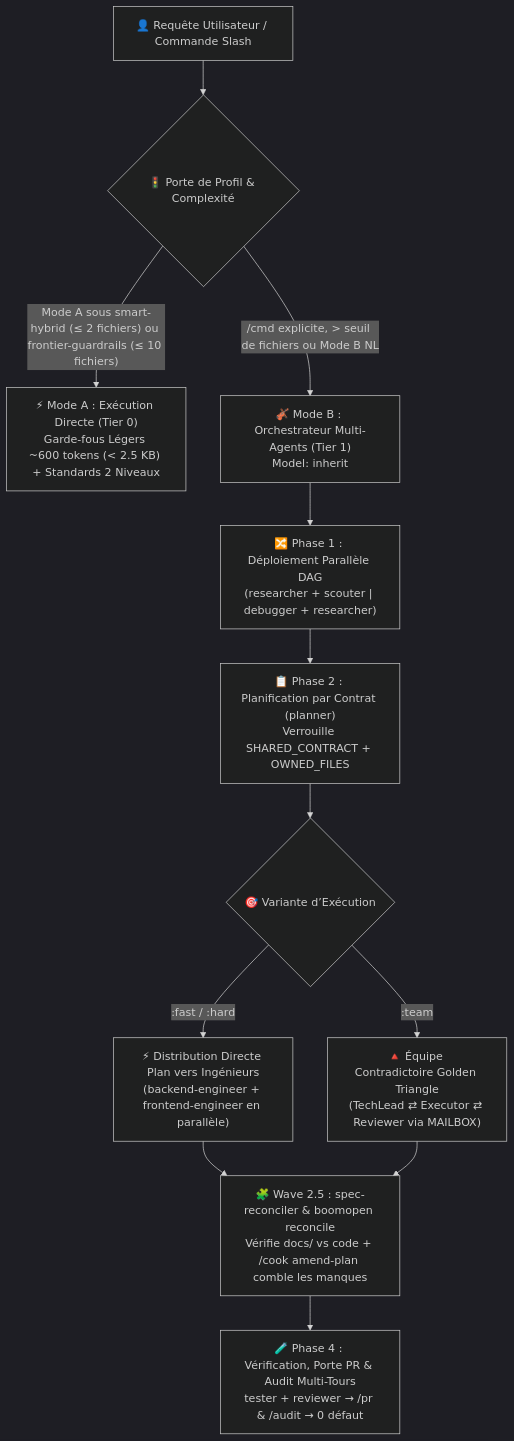
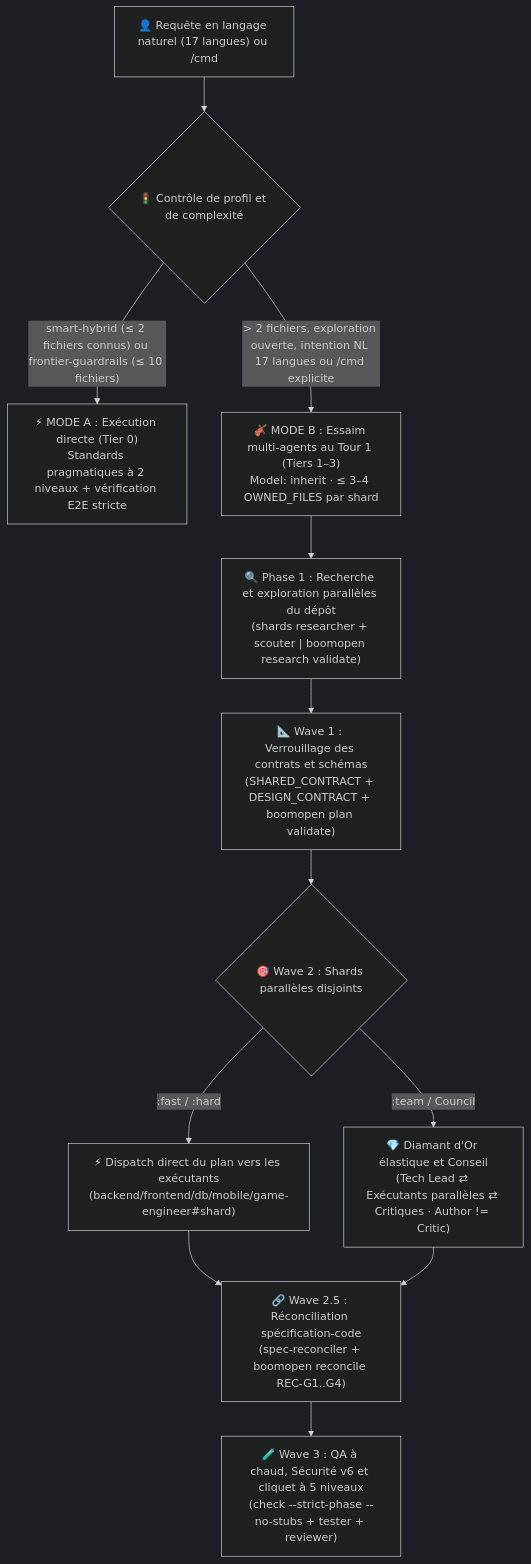
The diagram in i18n/README.fr.md (Kennyboom/BoomOpen-Workflow-Kit-Pro), drawn with Mermaid (dark theme) before and after one commit. The commit also changed other lines of this file and 21 other files, not shown here.

````diff
--- a/i18n/README.fr.md
+++ b/i18n/README.fr.md
@@ -57,17 +94,17 @@
 ```mermaid
 flowchart TD
-    User["👤 Requête Utilisateur / Commande Slash"] --> Gate{"🚦 Porte de Profil & Complexité"}
-    Gate -->|"Mode A sous smart-hybrid (≤ 2 fichiers) ou frontier-guardrails (≤ 10 fichiers)"| ModeA["⚡ Mode A : Exécution Directe (Tier 0)<br/>Garde-fous Légers ~600 tokens (< 2.5 KB) + Standards 2 Niveaux"]
-    Gate -->|"/cmd explicite, > seuil de fichiers ou Mode B NL"| ModeB["🎻 Mode B : Orchestrateur Multi-Agents (Tier 1)<br/>Model: inherit"]
+    User["👤 Requête en langage naturel (17 langues) ou /cmd"] --> Gate{"🚦 Contrôle de profil et de complexité"}
+    Gate -->|"smart-hybrid (≤ 2 fichiers connus) ou frontier-guardrails (≤ 10 fichiers)"| ModeA["⚡ MODE A : Exécution directe (Tier 0)<br/>Standards pragmatiques à 2 niveaux + vérification E2E stricte"]
+    Gate -->|"> 2 fichiers, exploration ouverte, intention NL 17 langues ou /cmd explicite"| ModeB["🎻 MODE B : Essaim multi-agents au Tour 1 (Tiers 1–3)<br/>Model: inherit · ≤ 3–4 OWNED_FILES par shard"]
 
-    ModeB --> FanOut["🔀 Phase 1 : Déploiement Parallèle DAG<br/>(researcher + scouter | debugger + researcher)"]
-    FanOut --> Plan["📋 Phase 2 : Planification par Contrat (planner)<br/>Verrouille SHARED_CONTRACT + OWNED_FILES"]
-    Plan --> Dispatch{"🎯 Variante d’Exécution"}
+    ModeB --> Wave0["🔍 Phase 1 : Recherche et exploration parallèles du dépôt<br/>(shards researcher + scouter | boomopen research validate)"]
+    Wave0 --> Wave1["📐 Wave 1 : Verrouillage des contrats et schémas<br/>(SHARED_CONTRACT + DESIGN_CONTRACT + boomopen plan validate)"]
+    Wave1 --> Wave2{"🎯 Wave 2 : Shards parallèles disjoints"}
 
-    Dispatch -->|":fast / :hard"| Direct["⚡ Distribution Directe Plan vers Ingénieurs<br/>(backend-engineer + frontend-engineer en parallèle)"]
-    Dispatch -->|":team"| Triangle["🔺 Équipe Contradictoire Golden Triangle<br/>(TechLead ⇄ Executor ⇄ Reviewer via MAILBOX)"]
+    Wave2 -->|":fast / :hard"| Direct["⚡ Dispatch direct du plan vers les exécutants<br/>(backend/frontend/db/mobile/game-engineer#shard)"]
+    Wave2 -->|":team / Council"| Diamond["💎 Diamant d'Or élastique et Conseil<br/>(Tech Lead ⇄ Exécutants parallèles ⇄ Critiques · Author != Critic)"]
 
-    Direct --> Reconcile["🧩 Wave 2.5 : spec-reconciler & boomopen reconcile<br/>Vérifie docs/ vs code + /cook amend-plan comble les manques"]
-    Triangle --> Reconcile
-    Reconcile --> Verify["🧪 Phase 4 : Vérification, Porte PR & Audit Multi-Tours<br/>tester + reviewer → /pr & /audit → 0 défaut"]
+    Direct --> Wave25["🔗 Wave 2.5 : Réconciliation spécification-code<br/>(spec-reconciler + boomopen reconcile REC-G1..G4)"]
+    Diamond --> Wave25
+    Wave25 --> Wave3["🧪 Wave 3 : QA à chaud, Sécurité v6 et cliquet à 5 niveaux<br/>(check --strict-phase --no-stubs + tester + reviewer)"]
 ```
````
